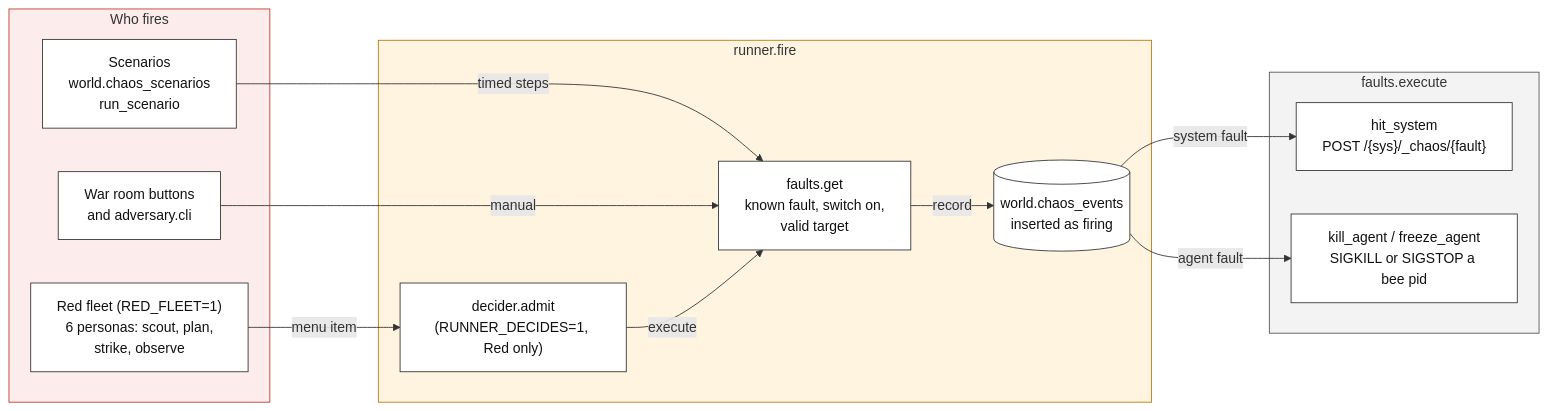
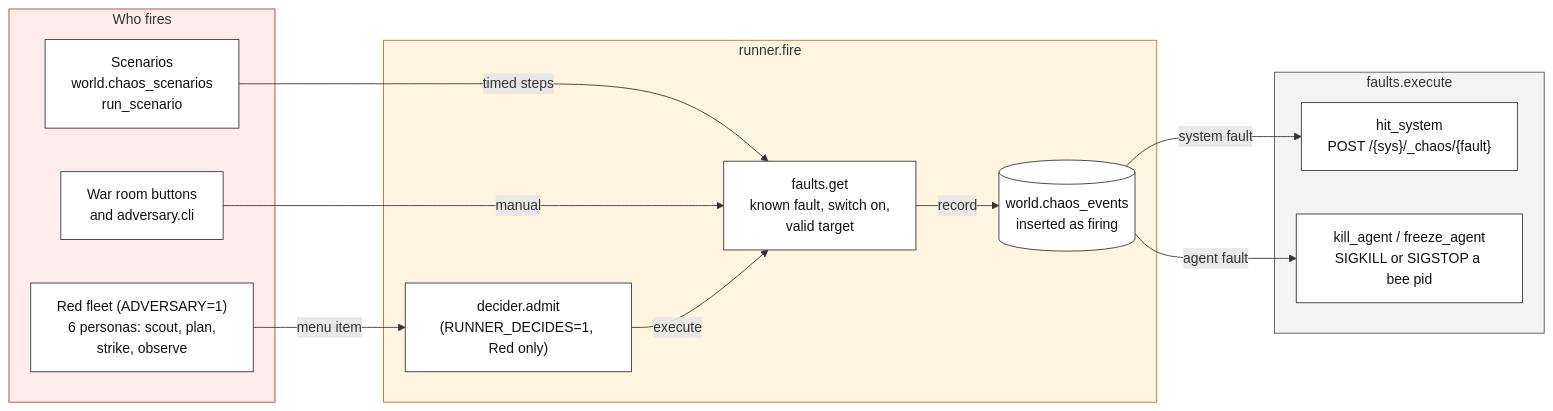
Before and after one commit to KrishNalam/legacy-siege: the diagram in adversary/README.md, drawn with Mermaid. The commit also changed other lines of this file and 147 other files, not shown here.

````diff
--- a/adversary/README.md
+++ b/adversary/README.md
@@ -5,29 +5,29 @@
 ```mermaid
 flowchart LR
   subgraph sources["Who fires"]
     scn["Scenarios<br/>world.chaos_scenarios<br/>run_scenario"]
     btn["War room buttons<br/>and adversary.cli"]
-    fleet["Red fleet (RED_FLEET=1)<br/>6 personas: scout, plan,<br/>strike, observe"]
+    fleet["Red fleet (ADVERSARY=1)<br/>6 personas: scout, plan,<br/>strike, observe"]
   end
   subgraph door["runner.fire"]
     gate["faults.get<br/>known fault, switch on,<br/>valid target"]
     adm["decider.admit<br/>(RUNNER_DECIDES=1, Red only)"]
     ev[("world.chaos_events<br/>inserted as firing")]
   end
   subgraph effect["faults.execute"]
     hook["hit_system<br/>POST /{sys}/_chaos/{fault}"]
     sig["kill_agent / freeze_agent<br/>SIGKILL or SIGSTOP a bee pid"]
   end
   scn -->|"timed steps"| gate
   btn -->|"manual"| gate
   fleet -->|"menu item"| adm
   adm -->|"execute"| gate
   gate -->|"record"| ev
   ev -->|"system fault"| hook
   ev -->|"agent fault"| sig
   class scn,btn,fleet,gate,adm,ev,hook,sig box
   classDef box fill:#ffffff,stroke:#333,color:#111
   style sources fill:#fdecec,stroke:#c0392b
   style door fill:#fff4e0,stroke:#b9770e
   style effect fill:#f3f3f3,stroke:#555
 ```
````
